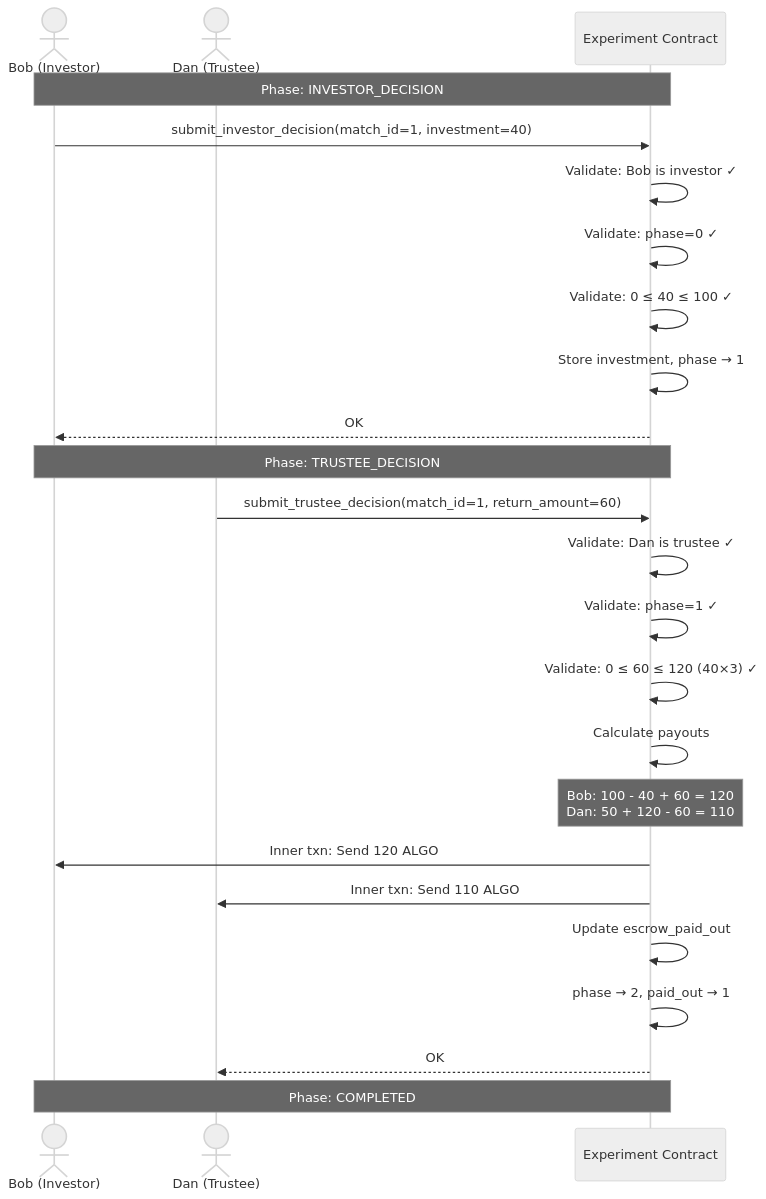
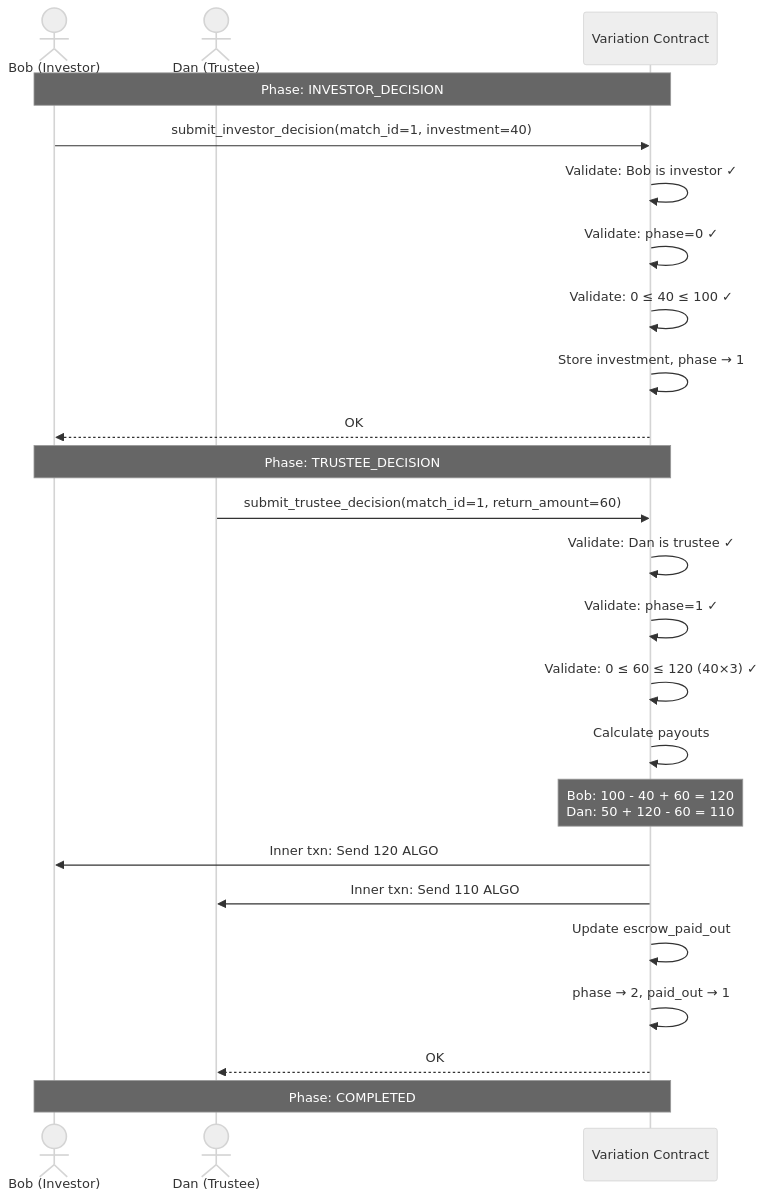
One commit to Open-Science-Blockchain-Economics/bx-hive changed the sixth of 10 diagrams in docs/smart-contract-architecture.md. Above: the diagram before and after it, drawn with Mermaid (neutral theme). The commit also changed other lines of this file, not shown here.

````diff
--- a/docs/smart-contract-architecture.md
+++ b/docs/smart-contract-architecture.md
@@ -400,31 +432,31 @@
 ```mermaid
 sequenceDiagram
     actor Bob as Bob (Investor)
     actor Dan as Dan (Trustee)
-    participant E as Experiment Contract
+    participant V as Variation Contract
 
-    Note over Bob,E: Phase: INVESTOR_DECISION
+    Note over Bob,V: Phase: INVESTOR_DECISION
 
-    Bob->>E: submit_investor_decision(match_id=1, investment=40)
-    E->>E: Validate: Bob is investor ✓
-    E->>E: Validate: phase=0 ✓
-    E->>E: Validate: 0 ≤ 40 ≤ 100 ✓
-    E->>E: Store investment, phase → 1
-    E-->>Bob: OK
+    Bob->>V: submit_investor_decision(match_id=1, investment=40)
+    V->>V: Validate: Bob is investor ✓
+    V->>V: Validate: phase=0 ✓
+    V->>V: Validate: 0 ≤ 40 ≤ 100 ✓
+    V->>V: Store investment, phase → 1
+    V-->>Bob: OK
 
-    Note over Bob,E: Phase: TRUSTEE_DECISION
+    Note over Bob,V: Phase: TRUSTEE_DECISION
 
-    Dan->>E: submit_trustee_decision(match_id=1, return_amount=60)
-    E->>E: Validate: Dan is trustee ✓
-    E->>E: Validate: phase=1 ✓
-    E->>E: Validate: 0 ≤ 60 ≤ 120 (40×3) ✓
-    E->>E: Calculate payouts
-    Note over E: Bob: 100 - 40 + 60 = 120<br/>Dan: 50 + 120 - 60 = 110
-    E->>Bob: Inner txn: Send 120 ALGO
-    E->>Dan: Inner txn: Send 110 ALGO
-    E->>E: Update escrow_paid_out
-    E->>E: phase → 2, paid_out → 1
-    E-->>Dan: OK
+    Dan->>V: submit_trustee_decision(match_id=1, return_amount=60)
+    V->>V: Validate: Dan is trustee ✓
+    V->>V: Validate: phase=1 ✓
+    V->>V: Validate: 0 ≤ 60 ≤ 120 (40×3) ✓
+    V->>V: Calculate payouts
+    Note over V: Bob: 100 - 40 + 60 = 120<br/>Dan: 50 + 120 - 60 = 110
+    V->>Bob: Inner txn: Send 120 ALGO
+    V->>Dan: Inner txn: Send 110 ALGO
+    V->>V: Update escrow_paid_out
+    V->>V: phase → 2, paid_out → 1
+    V-->>Dan: OK
 
-    Note over Bob,E: Phase: COMPLETED
+    Note over Bob,V: Phase: COMPLETED
 ```
````
